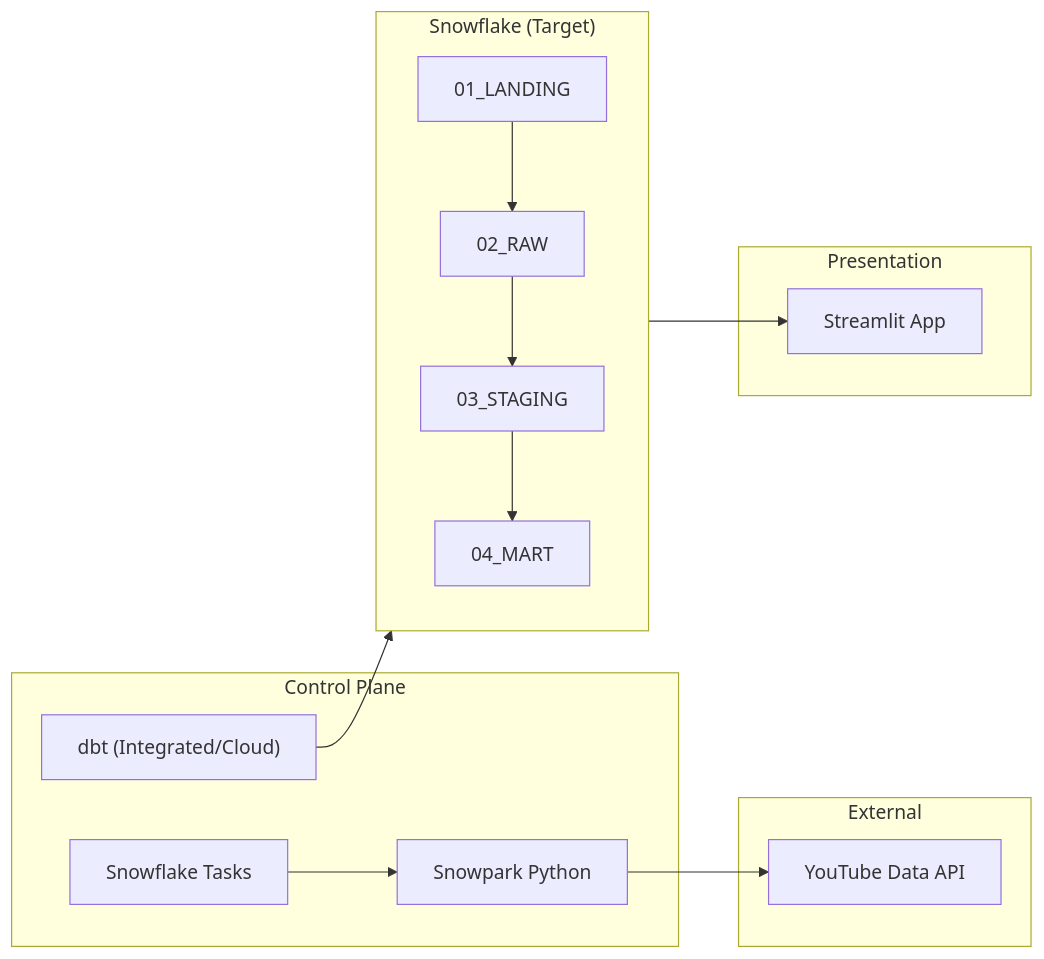
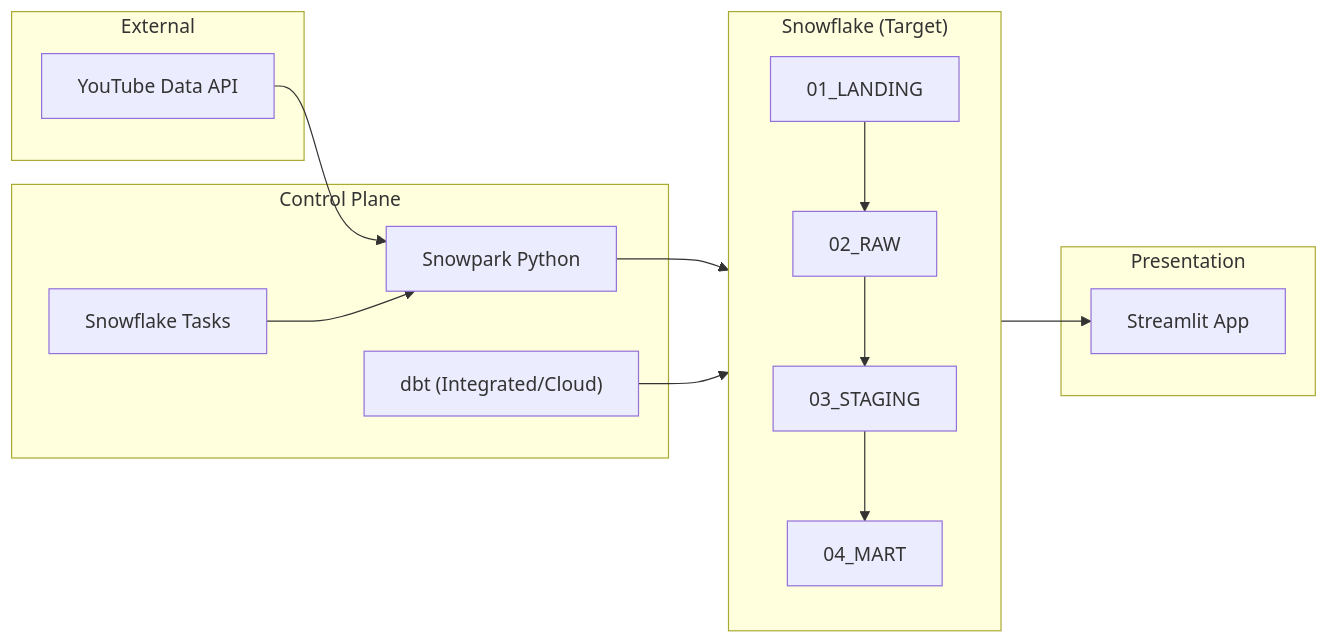
Before and after one commit to Matu94/YT-SF-Agentic: the diagram in README.md, drawn with Mermaid.

Commit message:
update graph

````diff
--- a/README.md
+++ b/README.md
@@ -14,25 +14,26 @@
 ```mermaid
 graph LR
     subgraph "External"
         API[YouTube Data API]
     end
 
     subgraph "Snowflake (Target)"
         direction TB
         L[01_LANDING] --> R[02_RAW]
         R --> S[03_STAGING]
         S --> M[04_MART]
     end
 
     subgraph "Control Plane"
-        SP[Snowpark Python] --> API
+        API --> SP[Snowpark Python]
         Tasks[Snowflake Tasks] --> SP
+        SP --> L
         dbt["dbt (Integrated/Cloud)"] --> S
     end
 
     subgraph "Presentation"
         ST[Streamlit App]
     end
 
     M --> ST
 ```
````
